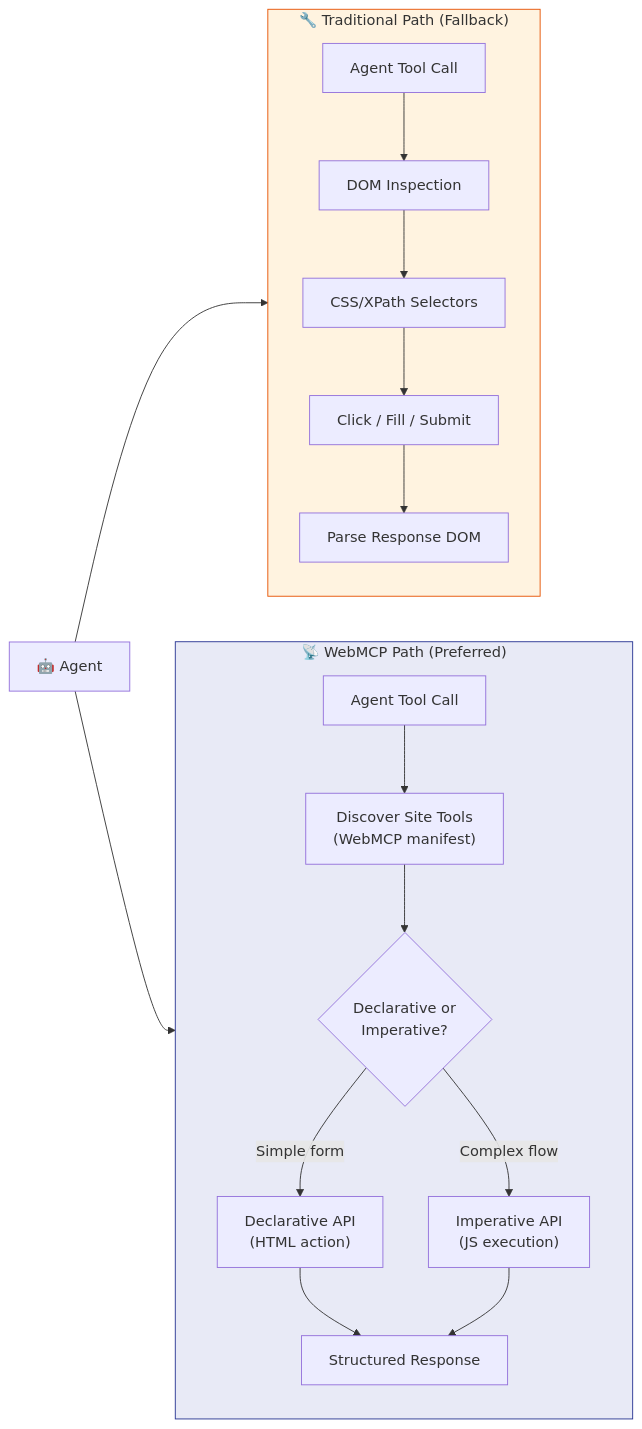
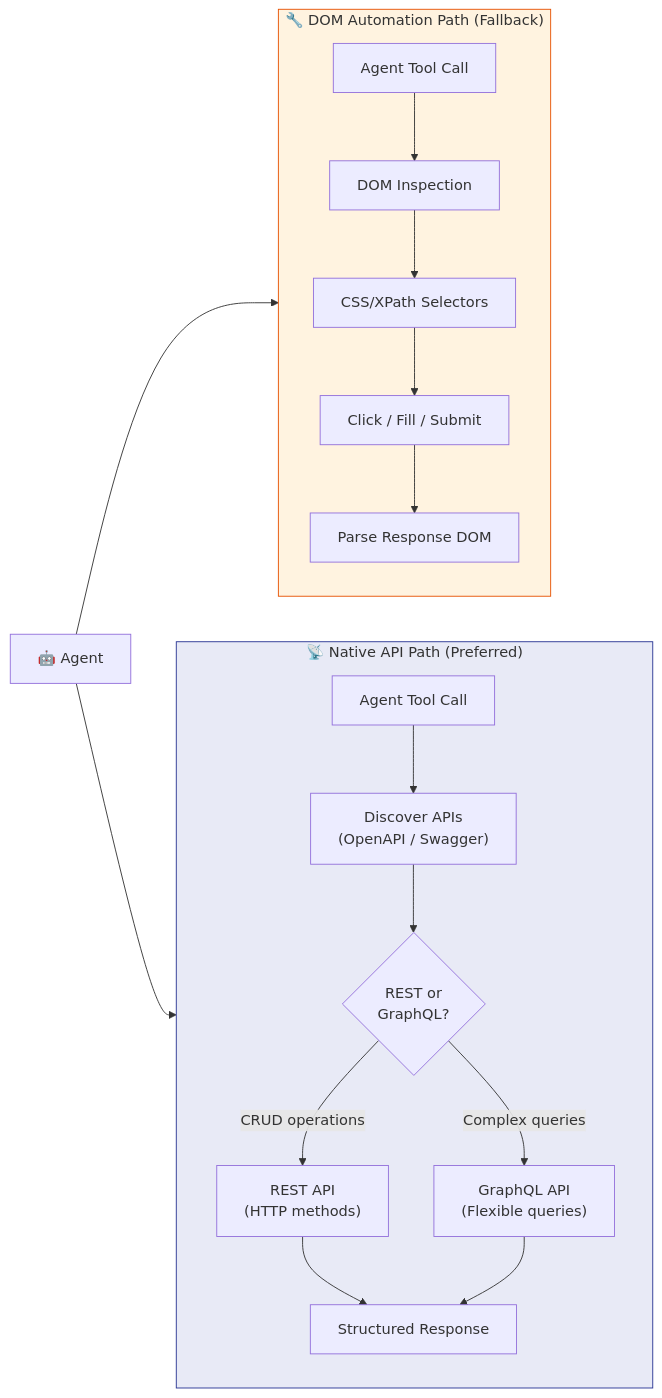
Before and after one commit to yjcmsft/Secure-Enterprise-Browser-Agentic-System: the second of 8 diagrams in ARCHITECTURE.md, drawn with Mermaid. The commit also changed other lines of this file and 2 other files, not shown here.

````diff
--- a/ARCHITECTURE.md
+++ b/ARCHITECTURE.md
@@ -138,26 +138,26 @@
 ```mermaid
 flowchart LR
-    subgraph Traditional["🔧 Traditional Path (Fallback)"]
+    subgraph DOMPath["🔧 DOM Automation Path (Fallback)"]
         direction TB
         T1["Agent Tool Call"] --> T2["DOM Inspection"]
         T2 --> T3["CSS/XPath Selectors"]
         T3 --> T4["Click / Fill / Submit"]
         T4 --> T5["Parse Response DOM"]
     end
 
-    subgraph WebMCPPath["📡 WebMCP Path (Preferred)"]
+    subgraph APIPath["📡 Native API Path (Preferred)"]
         direction TB
-        W1["Agent Tool Call"] --> W2["Discover Site Tools\n(WebMCP manifest)"]
-        W2 --> W3{"Declarative or\nImperative?"}
-        W3 -->|"Simple form"| W4["Declarative API\n(HTML action)"]
-        W3 -->|"Complex flow"| W5["Imperative API\n(JS execution)"]
+        W1["Agent Tool Call"] --> W2["Discover APIs\n(OpenAPI / Swagger)"]
+        W2 --> W3{"REST or\nGraphQL?"}
+        W3 -->|"CRUD operations"| W4["REST API\n(HTTP methods)"]
+        W3 -->|"Complex queries"| W5["GraphQL API\n(Flexible queries)"]
         W4 --> W6["Structured Response"]
         W5 --> W6
     end
 
-    Agent["🤖 Agent"] --> Traditional
-    Agent --> WebMCPPath
+    Agent["🤖 Agent"] --> DOMPath
+    Agent --> APIPath
 
-    style WebMCPPath fill:#E8EAF6,stroke:#283593
-    style Traditional fill:#FFF3E0,stroke:#E65100
+    style APIPath fill:#E8EAF6,stroke:#283593
+    style DOMPath fill:#FFF3E0,stroke:#E65100
 ```
````
